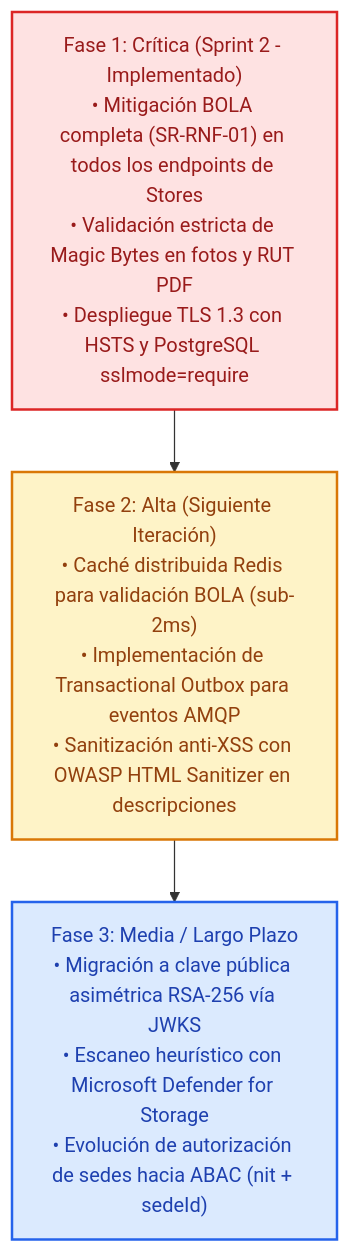
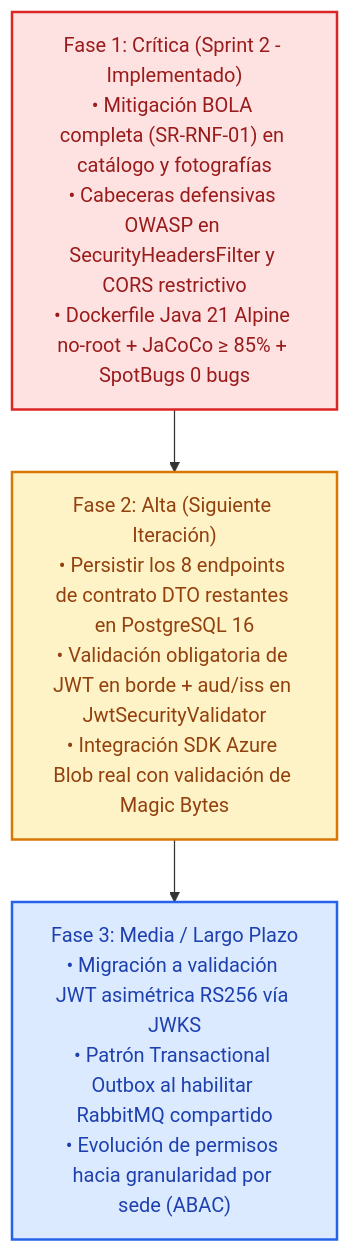
Before and after one commit to StyleRadar1/CADCHE-Stores-Service: the fourth of 4 diagrams in README.md, drawn with Mermaid. The commit also changed other lines of this file and 17 other files, not shown here.

Commit message:
chore(audit): align Java 21 LTS, UML diagrams, README, RabbitMQ health and CI/CD

````diff
--- a/README.md
+++ b/README.md
@@ -1897,16 +1804,16 @@
 ```mermaid
 flowchart TD
-    P1["Fase 1: Crítica (Sprint 2 - Implementado)<br>• Mitigación BOLA completa (SR-RNF-01) en todos los endpoints de Stores<br>• Validación estricta de Magic Bytes en fotos y RUT PDF<br>• Despliegue TLS 1.3 con HSTS y PostgreSQL sslmode=require"]
-    P2["Fase 2: Alta (Siguiente Iteración)<br>• Caché distribuida Redis para validación BOLA (sub-2ms)<br>• Implementación de Transactional Outbox para eventos AMQP<br>• Sanitización anti-XSS con OWASP HTML Sanitizer en descripciones"]
-    P3["Fase 3: Media / Largo Plazo<br>• Migración a clave pública asimétrica RSA-256 vía JWKS<br>• Escaneo heurístico con Microsoft Defender for Storage<br>• Evolución de autorización de sedes hacia ABAC (nit + sedeId)"]
+    P1["Fase 1: Crítica (Sprint 2 - Implementado)<br>• Mitigación BOLA completa (SR-RNF-01) en catálogo y fotografías<br>• Cabeceras defensivas OWASP en SecurityHeadersFilter y CORS restrictivo<br>• Dockerfile Java 21 Alpine no-root + JaCoCo ≥ 85% + SpotBugs 0 bugs"]
+    P2["Fase 2: Alta (Siguiente Iteración)<br>• Persistir los 8 endpoints de contrato DTO restantes en PostgreSQL 16<br>• Validación obligatoria de JWT en borde + aud/iss en JwtSecurityValidator<br>• Integración SDK Azure Blob real con validación de Magic Bytes"]
+    P3["Fase 3: Media / Largo Plazo<br>• Migración a validación JWT asimétrica RS256 vía JWKS<br>• Patrón Transactional Outbox al habilitar RabbitMQ compartido<br>• Evolución de permisos hacia granularidad por sede (ABAC)"]
 
     P1 --> P2 --> P3
 
     classDef crit fill:#FEE2E2,stroke:#DC2626,stroke-width:2px,color:#991B1B;
     classDef high fill:#FEF3C7,stroke:#D97706,stroke-width:2px,color:#92400E;
     classDef med fill:#DBEAFE,stroke:#2563EB,stroke-width:2px,color:#1E40AF;
 
     class P1 crit;
     class P2 high;
     class P3 med;
 ```
````
